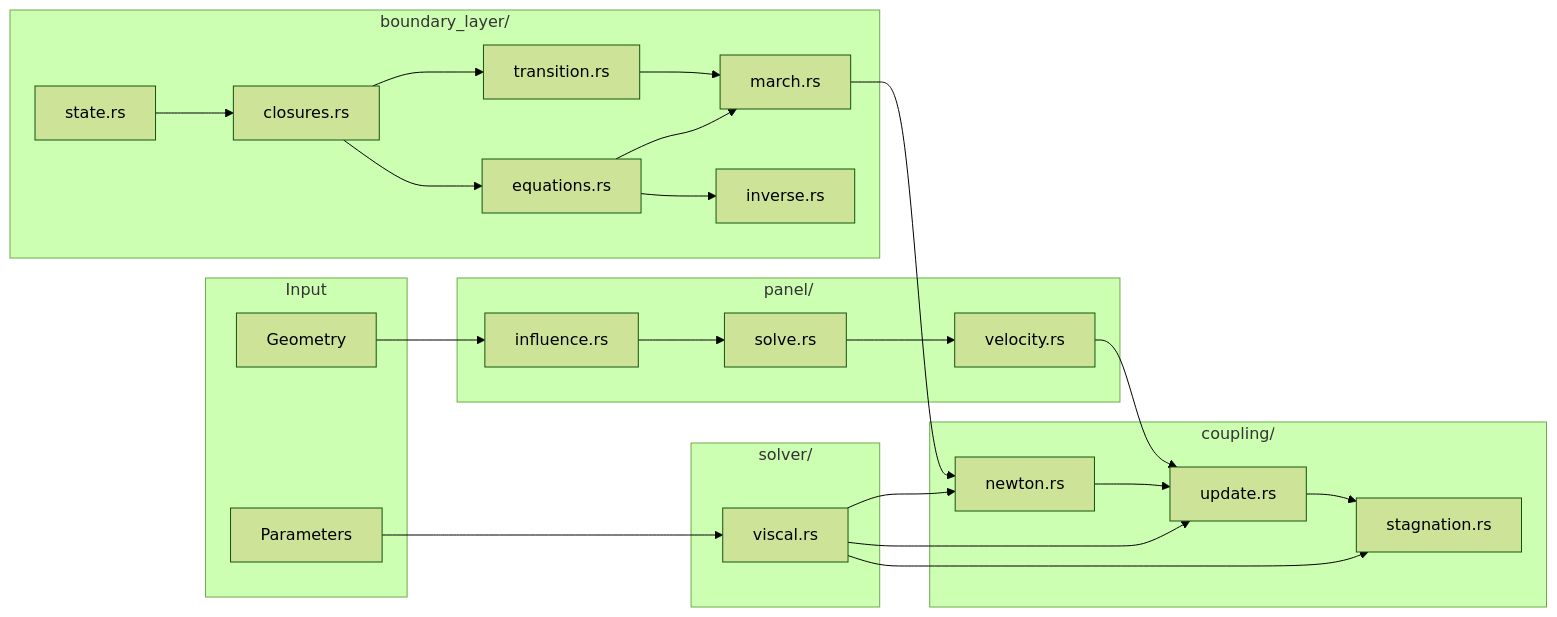
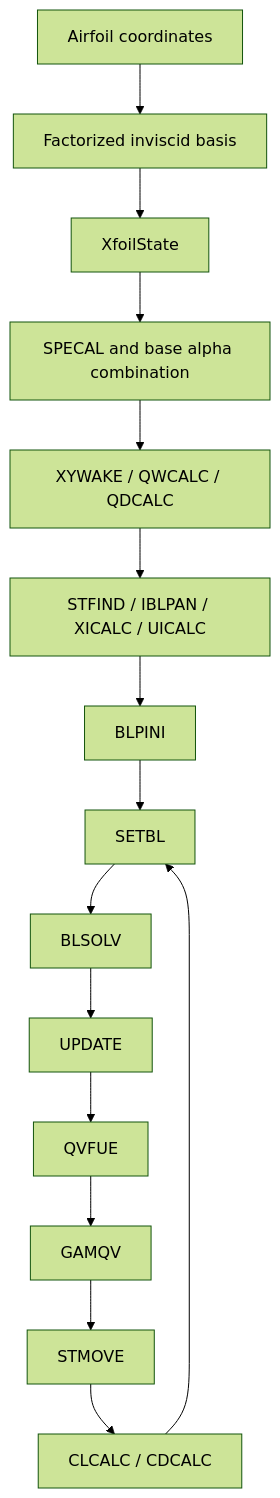
The diagram in docs-site/docs/xfoil-architecture-spec.mdx (flexcompute/flexfoil), drawn with Mermaid (forest theme) before and after one commit. The commit also changed other lines of this file and 13 other files, not shown here.

First line of the commit message:
docs: add faithful solver architecture notes

````diff
--- a/docs-site/docs/xfoil-architecture-spec.mdx
+++ b/docs-site/docs/xfoil-architecture-spec.mdx
@@ -828,53 +32,32 @@
 ```mermaid
-graph LR
-    subgraph Input
-        G[Geometry]
-        P[Parameters]
-    end
+flowchart TD
+    coords[Airfoil coordinates]
+    factorized[Factorized inviscid basis]
+    state[XfoilState]
+    specal[SPECAL and base alpha combination]
+    wake[XYWAKE / QWCALC / QDCALC]
+    topology[STFIND / IBLPAN / XICALC / UICALC]
+    init[BLPINI]
+    setbl[SETBL]
+    blsolv[BLSOLV]
+    update[UPDATE]
+    qvfue[QVFUE]
+    gamqv[GAMQV]
+    stmove[STMOVE]
+    forces[CLCALC / CDCALC]
 
-    subgraph Panel[panel/]
-        INF[influence.rs]
-        SOL[solve.rs]
-        VEL[velocity.rs]
-    end
-
-    subgraph BL[boundary_layer/]
-        ST[state.rs]
-        CL[closures.rs]
-        TR[transition.rs]
-        EQ[equations.rs]
-        MA[march.rs]
-        IV[inverse.rs]
-    end
-
-    subgraph Couple[coupling/]
-        NW[newton.rs]
-        UP[update.rs]
-        SG[stagnation.rs]
-    end
-
-    subgraph Solver[solver/]
-        VI[viscal.rs]
-    end
-
-    G --> INF
-    INF --> SOL
-    SOL --> VEL
-    P --> VI
-
-    ST --> CL
-    CL --> TR
-    CL --> EQ
-    TR --> MA
-    EQ --> MA
-    EQ --> IV
-    MA --> NW
-
-    VEL --> UP
-    NW --> UP
-    UP --> SG
-
-    VI --> NW
-    VI --> UP
-    VI --> SG
+    coords --> factorized
+    factorized --> state
+    state --> specal
+    specal --> wake
+    wake --> topology
+    topology --> init
+    init --> setbl
+    setbl --> blsolv
+    blsolv --> update
+    update --> qvfue
+    qvfue --> gamqv
+    gamqv --> stmove
+    stmove --> forces
+    forces --> setbl
 ```
````
